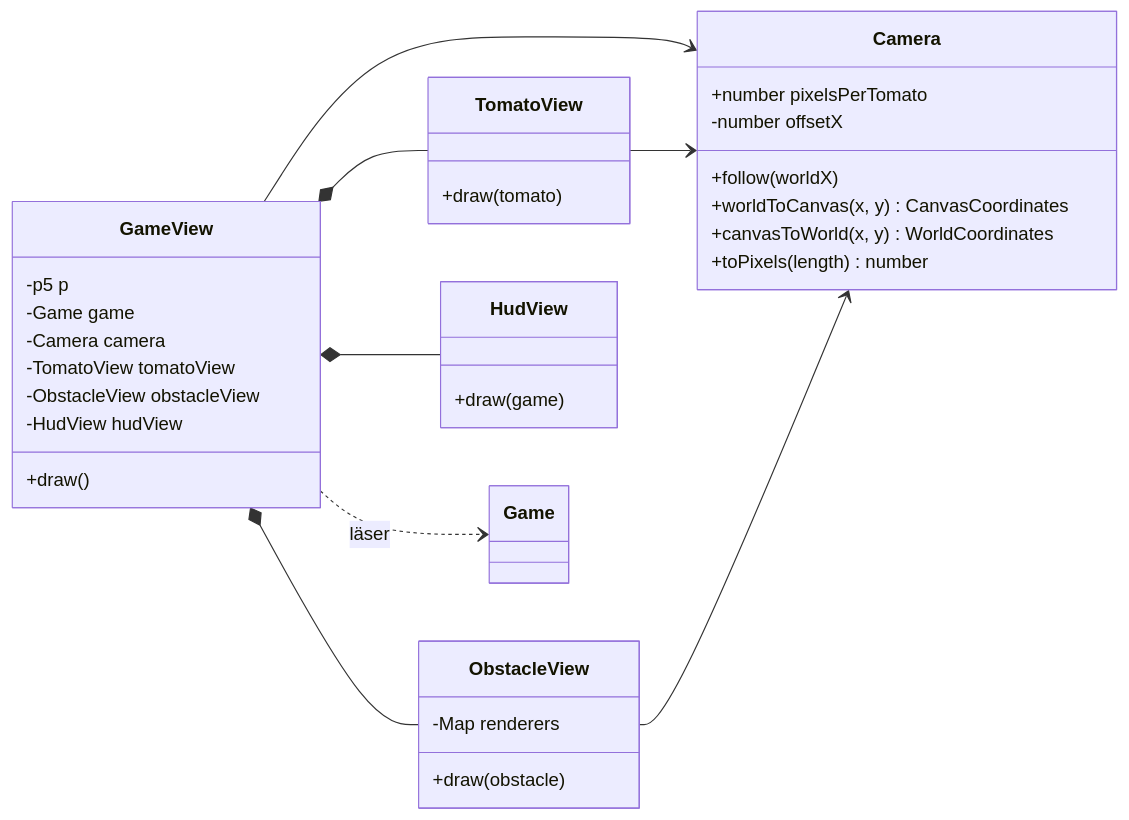
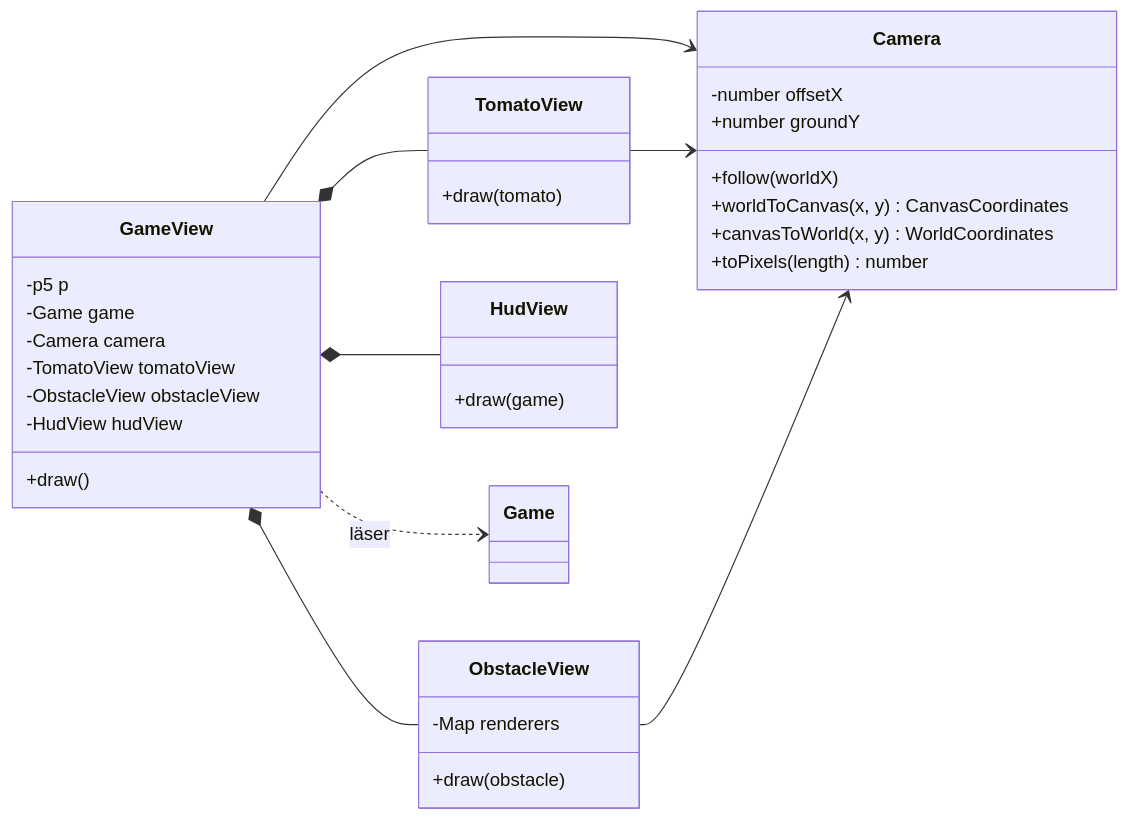
The third of 9 diagrams in MVC_DESIGN.md (1dv610/ripe-tomato), drawn with Mermaid before and after one commit. The commit also changed other lines of this file, not shown here.

````diff
--- a/MVC_DESIGN.md
+++ b/MVC_DESIGN.md
@@ -329,44 +333,44 @@
 ```mermaid
 classDiagram
     direction LR
 
     class GameView {
         -p5 p
         -Game game
         -Camera camera
         -TomatoView tomatoView
         -ObstacleView obstacleView
         -HudView hudView
         +draw()
     }
 
     class Camera {
-        +number pixelsPerTomato
         -number offsetX
+        +number groundY
         +follow(worldX)
         +worldToCanvas(x, y) CanvasCoordinates
         +canvasToWorld(x, y) WorldCoordinates
         +toPixels(length) number
     }
 
     class TomatoView {
         +draw(tomato)
     }
 
     class ObstacleView {
         -Map renderers
         +draw(obstacle)
     }
 
     class HudView {
         +draw(game)
     }
 
     GameView *-- TomatoView
     GameView *-- ObstacleView
     GameView *-- HudView
     GameView --> Camera
     TomatoView --> Camera
     ObstacleView --> Camera
     GameView ..> Game : läser
 ```
````
